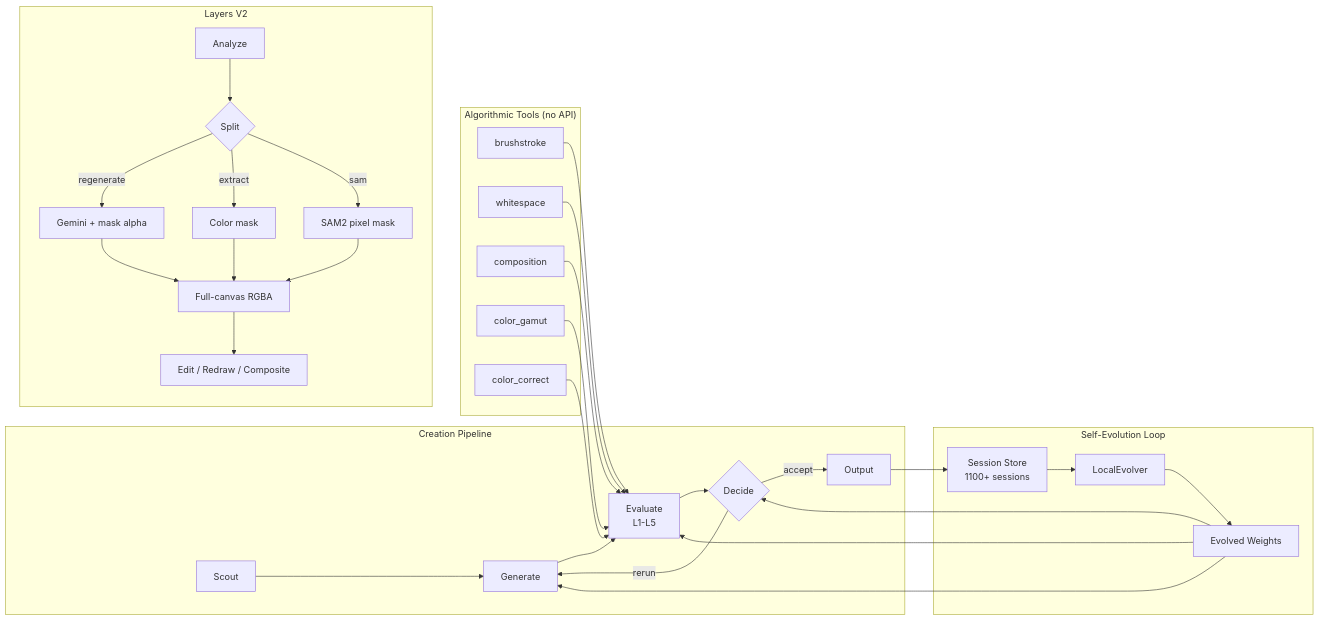
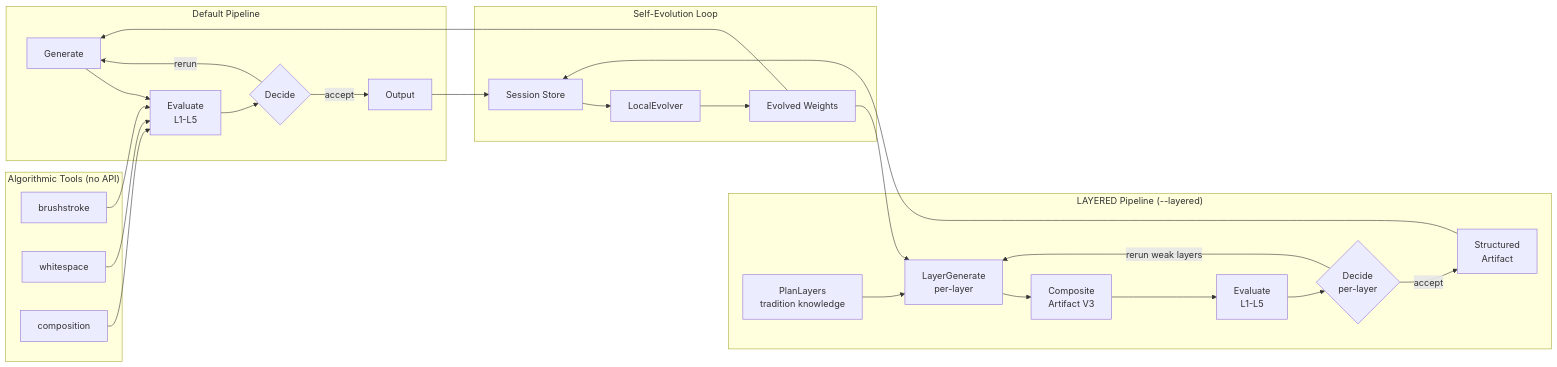
One commit to vulca-org/vulca changed the first of 2 diagrams in README.md. Above: the diagram before and after it, drawn with Mermaid. The commit also changed other lines of this file and 13 other files, not shown here.

First line of the commit message:
docs: README v3 — structured creation narrative + LAYERED showcase

````diff
--- a/README.md
+++ b/README.md
@@ -38,38 +43,33 @@
 ```mermaid
 graph LR
-    subgraph Pipeline["Creation Pipeline"]
-        S[Scout] --> G[Generate]
-        G --> E[Evaluate<br/>L1-L5]
+    subgraph Default["Default Pipeline"]
+        G[Generate] --> E[Evaluate<br/>L1-L5]
         E --> D{Decide}
         D -->|rerun| G
         D -->|accept| OUT[Output]
     end
 
+    subgraph Layered["LAYERED Pipeline (--layered)"]
+        PL[PlanLayers<br/>tradition knowledge] --> LG[LayerGenerate<br/>per-layer]
+        LG --> CO[Composite<br/>Artifact V3]
+        CO --> E2[Evaluate<br/>L1-L5]
+        E2 --> D2{Decide<br/>per-layer}
+        D2 -->|rerun weak layers| LG
+        D2 -->|accept| OUT2[Structured<br/>Artifact]
+    end
+
     subgraph Evolution["Self-Evolution Loop"]
-        OUT --> SE[Session Store<br/>1100+ sessions]
+        OUT --> SE[Session Store]
+        OUT2 --> SE
         SE --> LE[LocalEvolver]
         LE --> EW[Evolved Weights]
         EW --> G
-        EW --> E
-        EW --> D
+        EW --> LG
     end
 
     subgraph Tools["Algorithmic Tools (no API)"]
         T1[brushstroke] --> E
         T2[whitespace] --> E
         T3[composition] --> E
-        T4[color_gamut] --> E
-        T5[color_correct] --> E
-    end
-
-    subgraph LayersV2["Layers V2"]
-        AN[Analyze] --> SP{Split}
-        SP -->|regenerate| IG[Gemini + mask alpha]
-        SP -->|extract| CM[Color mask]
-        SP -->|sam| SAM[SAM2 pixel mask]
-        IG --> FC[Full-canvas RGBA]
-        CM --> FC
-        SAM --> FC
-        FC --> ED[Edit / Redraw / Composite]
     end
 ```
````
